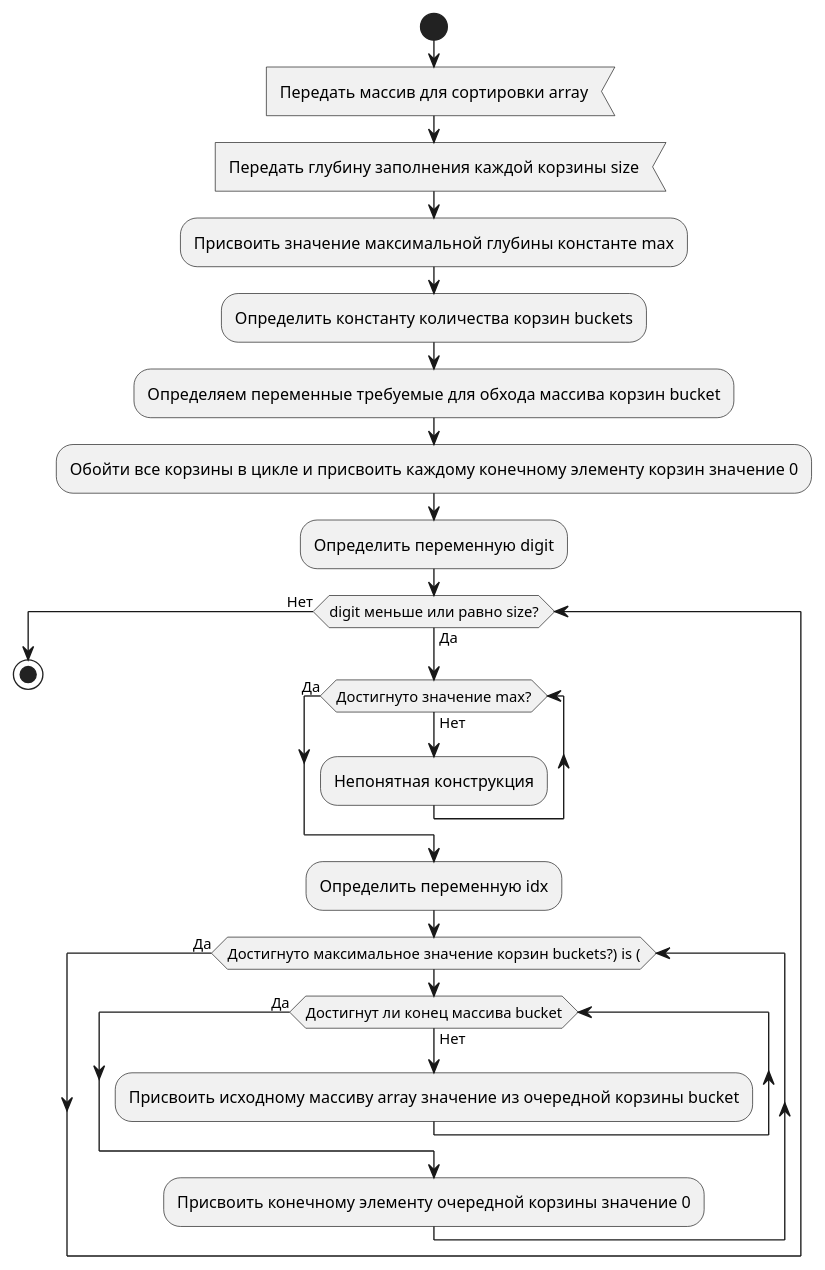
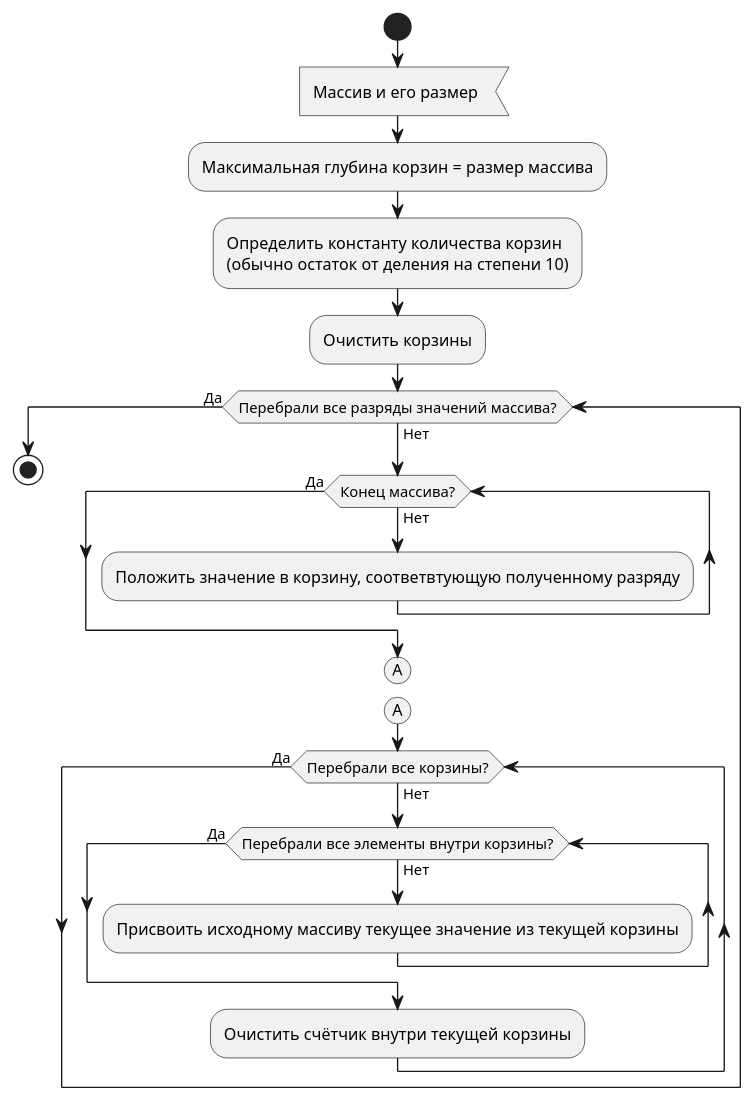
The diagram in Scenarios/5.4. Bucket Sort.puml (YA-NDT/IC-ADSC-TD), drawn with PlantUML before and after one commit. The commit also changed 3 other files, not shown here.

Commit message:
Все блок-схемы для 5

```diff
--- a/Scenarios/5.4. Bucket Sort.puml
+++ b/Scenarios/5.4. Bucket Sort.puml
@@ -1,26 +1,25 @@
 @startuml
 start
-    :Передать массив для сортировки array<
-    :Передать глубину заполнения каждой корзины size<
+    :Массив и его размер <
 
-    :Присвоить значение максимальной глубины константе max;
-    :Определить константу количества корзин buckets;
-    :Определяем переменные требуемые для обхода массива корзин bucket;
-    :Обойти все корзины в цикле и присвоить каждому конечному элементу корзин значение 0;
-    :Определить переменную digit;
+    :Максимальная глубина корзин = размер массива;
+    :Определить константу количества корзин\n(обычно остаток от деления на степени 10);
+    :Очистить корзины;
 
-    while (digit меньше или равно size?) is (Да)
-        while (Достигнуто значение max?) is (Нет)
-            :Непонятная конструкция;
+    while (Перебрали все разряды значений массива?) is (Нет)
+        while (Конец массива?) is (Нет)
+            :Положить значение в корзину, соответвтующую полученному разряду;
         endwhile (Да)
-        :Определить переменную idx;
-        while (Достигнуто максимальное значение корзин buckets?) is ()
-            while (Достигнут ли конец массива bucket) is (Нет)
-                :Присвоить исходному массиву array значение из очередной корзины bucket;
+(A)
+detach
+(A)
+		while (Перебрали все корзины?) is (Нет)
+            while (Перебрали все элементы внутри корзины?) is (Нет)
+                :Присвоить исходному массиву текущее значение из текущей корзины;
             endwhile (Да)
-            :Присвоить конечному элементу очередной корзины значение 0;
+			:Очистить счётчик внутри текущей корзины;
         endwhile (Да)
-    endwhile (Нет)
+    endwhile (Да)
 
 stop
 @enduml
```
